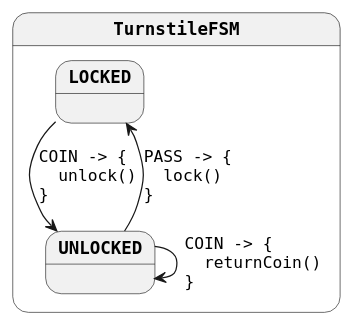
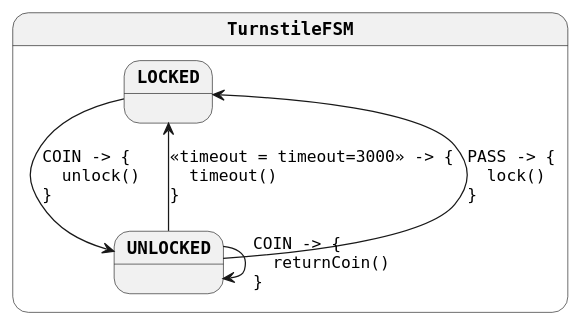
One commit to open-jumpco/kfsm-spring-rest changed the diagram in generated/turnstile.plantuml. Above: the diagram before and after it, drawn with PlantUML. The commit also changed 29 other files, not shown here.

```diff
--- a/generated/turnstile.plantuml
+++ b/generated/turnstile.plantuml
@@ -1,14 +1,15 @@
 @startuml
 skinparam monochrome true
 skinparam StateFontName Helvetica
 skinparam defaultFontName Monospaced
 skinparam defaultFontStyle Bold
 skinparam state {
     FontStyle Bold
 }
 state TurnstileFSM {
 LOCKED --> UNLOCKED : COIN -> {\l  unlock()\l}
+UNLOCKED --> LOCKED : <<timeout = timeout=3000>> -> {\l  timeout()\l}
 UNLOCKED --> LOCKED : PASS -> {\l  lock()\l}
 UNLOCKED --> UNLOCKED : COIN -> {\l  returnCoin()\l}
 }
 @enduml
```
